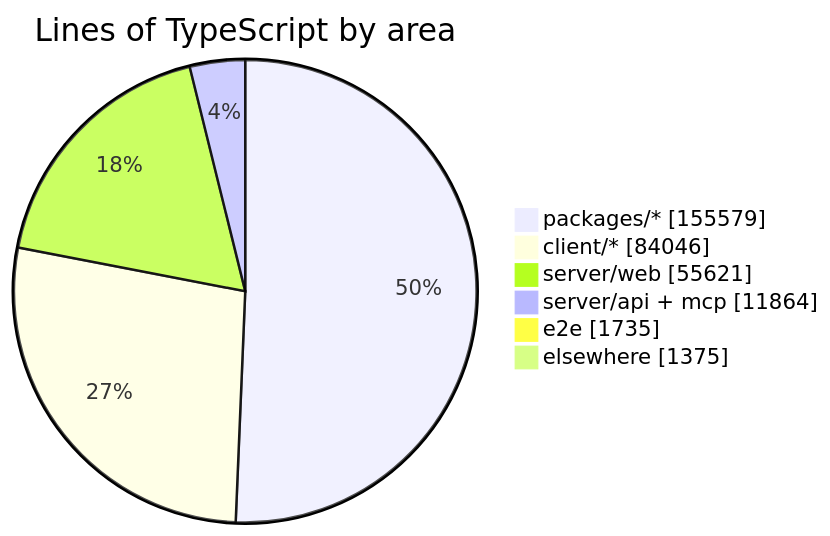
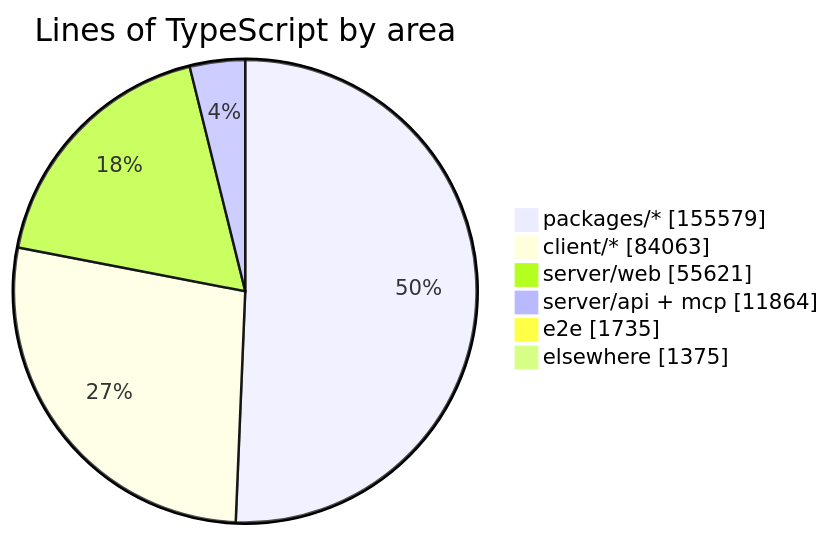
Before and after one commit to crossworks-engineering/mantle: the diagram in README.md, drawn with Mermaid. The commit also changed other lines of this file and 4 other files, not shown here.

````diff
--- a/README.md
+++ b/README.md
@@ -279,9 +279,9 @@
 ```mermaid
 pie showData title Lines of TypeScript by area
     "packages/*" : 155579
-    "client/*" : 84046
+    "client/*" : 84063
     "server/web" : 55621
     "server/api + mcp" : 11864
     "e2e" : 1735
     "elsewhere" : 1375
 ```
````
